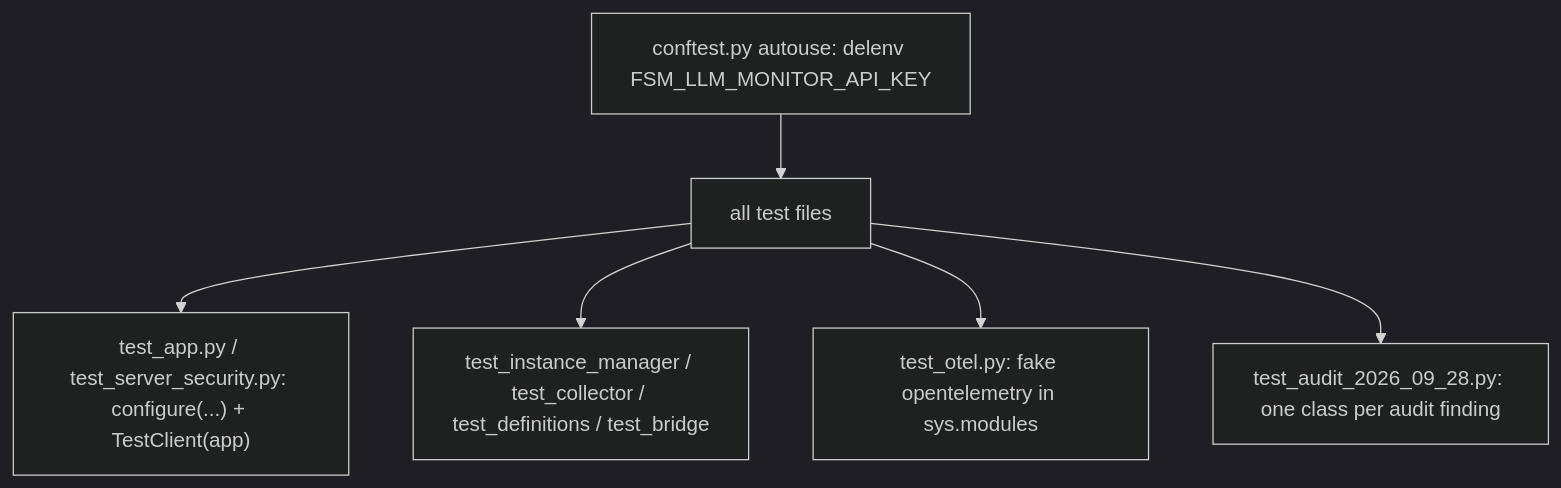
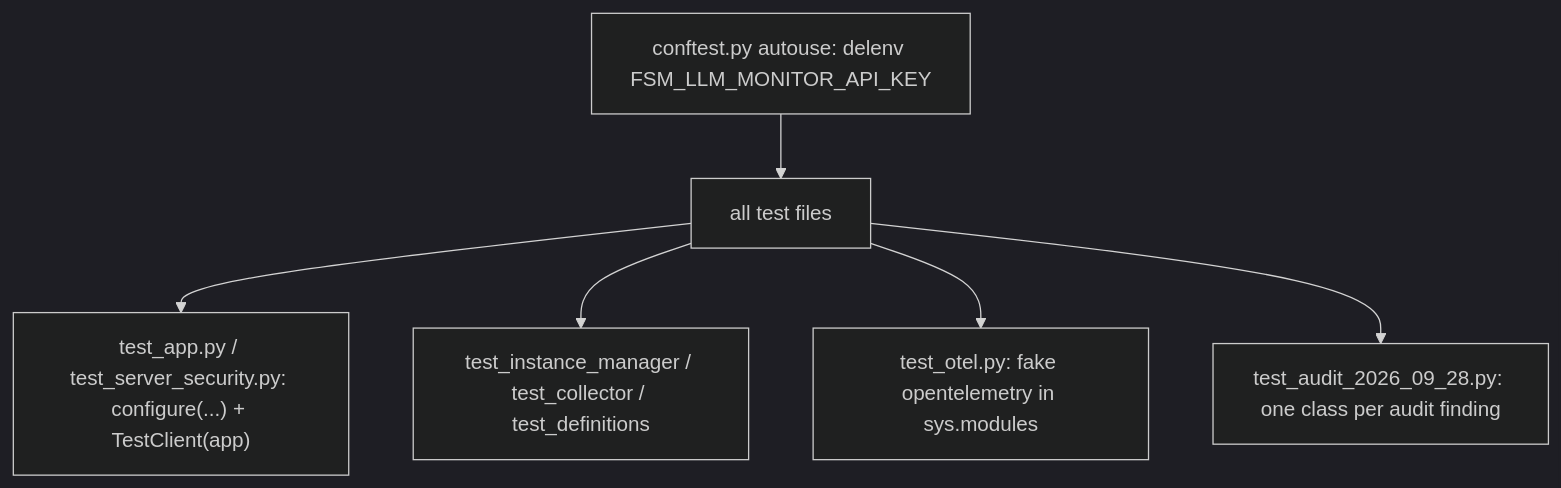
One commit to NikolasMarkou/fsm_llm changed the diagram in tests/test_fsm_llm_monitor/CLAUDE.md. Above: the diagram before and after it, drawn with Mermaid (dark theme). The commit also changed other lines of this file and 29 other files, not shown here.

````diff
--- a/tests/test_fsm_llm_monitor/CLAUDE.md
+++ b/tests/test_fsm_llm_monitor/CLAUDE.md
@@ -14,9 +14,9 @@
 ```mermaid
 flowchart TD
     conftest["conftest.py autouse: delenv FSM_LLM_MONITOR_API_KEY"]
     conftest --> tests[all test files]
     tests --> http["test_app.py / test_server_security.py: configure(...) + TestClient(app)"]
-    tests --> unit["test_instance_manager / test_collector / test_definitions / test_bridge"]
+    tests --> unit["test_instance_manager / test_collector / test_definitions"]
     tests --> otel["test_otel.py: fake opentelemetry in sys.modules"]
     tests --> audit["test_audit_2026_09_28.py: one class per audit finding"]
 ```
````
